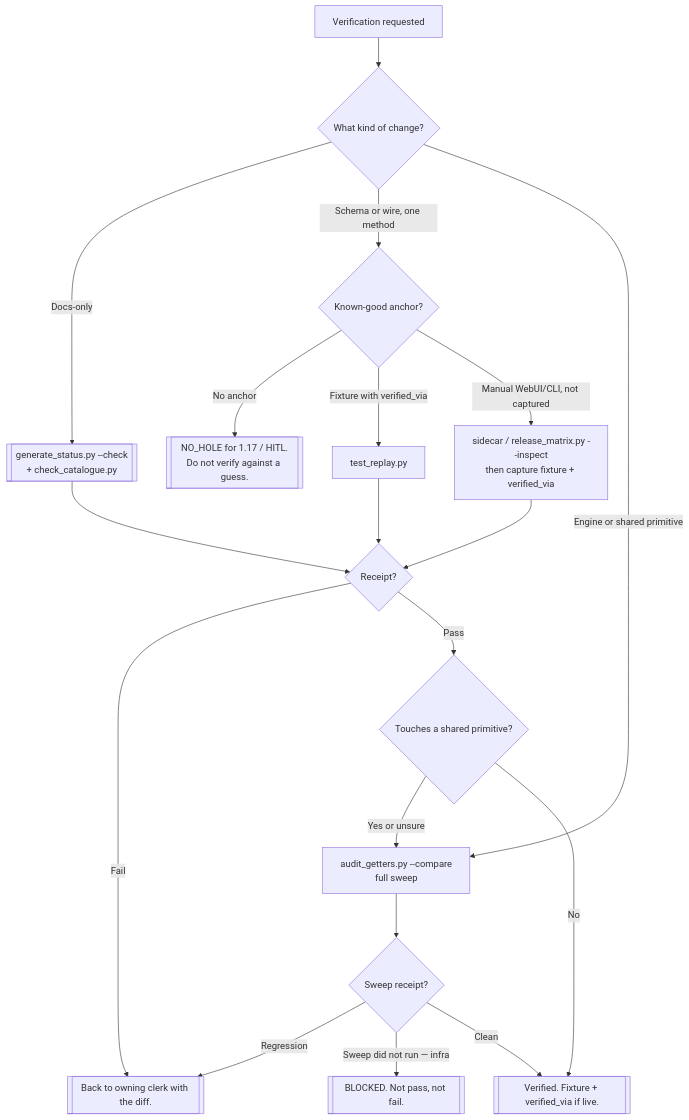
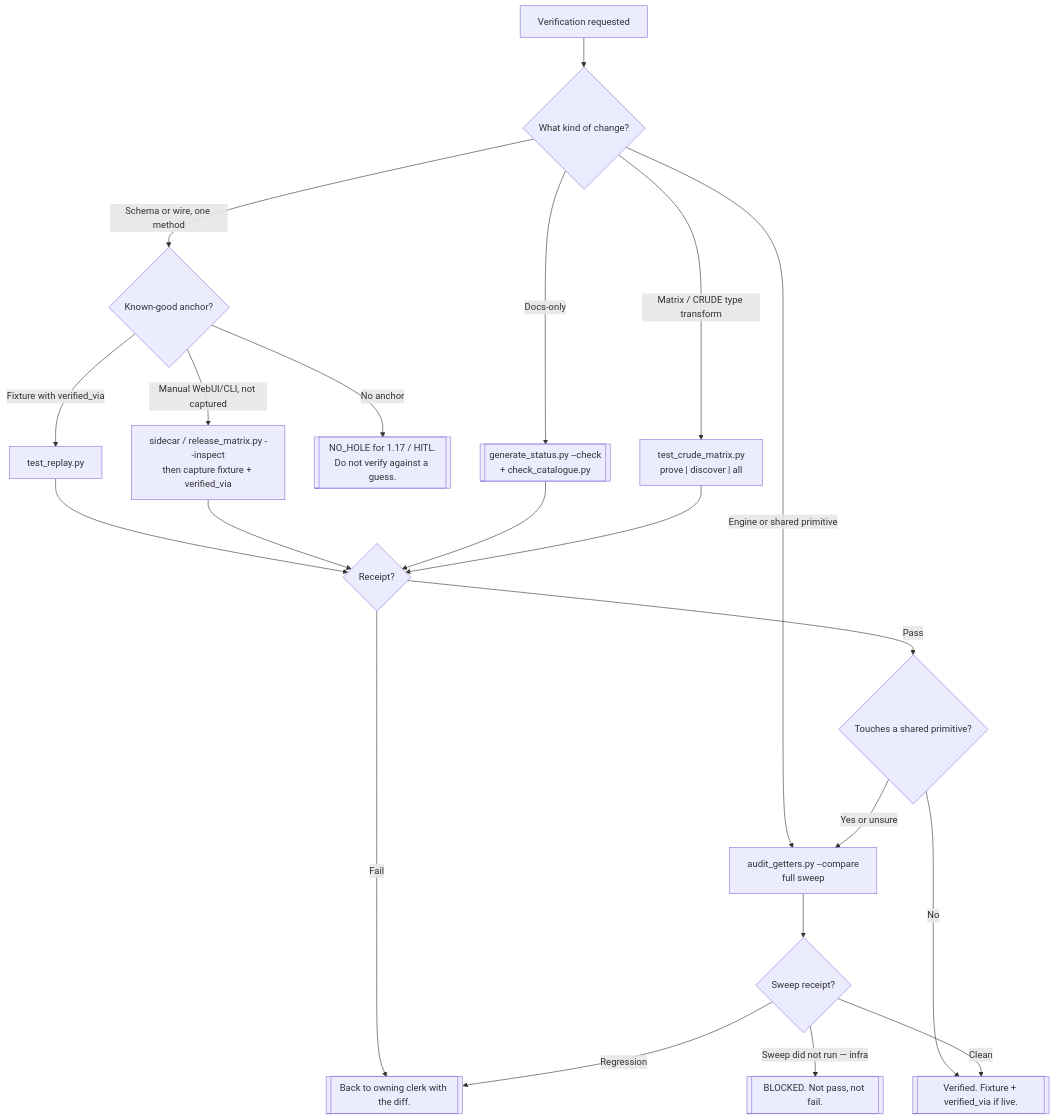
The diagram in local/agents/test-bot/flow.md (AdamRickards/crude-engine), drawn with Mermaid before and after one commit. The commit also changed 3 other files, not shown here.

First line of the commit message:
process: name test_crude_matrix harness for #115.

````diff
--- a/local/agents/test-bot/flow.md
+++ b/local/agents/test-bot/flow.md
@@ -5,21 +5,23 @@
 ```mermaid
 flowchart TD
     Start[Verification requested] --> Q1{What kind of change?}
     Q1 -->|Docs-only| Skip[["generate_status.py --check\n+ check_catalogue.py"]]
     Q1 -->|Schema or wire, one method| Q2{Known-good anchor?}
     Q1 -->|Engine or shared primitive| Full["audit_getters.py --compare\nfull sweep"]
+    Q1 -->|Matrix / CRUDE type transform| Matrix["test_crude_matrix.py\nprove | discover | all"]
     Q2 -->|No anchor| Anchor[["NO_HOLE for 1.17 / HITL.\nDo not verify against a guess."]]
     Q2 -->|Fixture with verified_via| Replay["test_replay.py"]
     Q2 -->|Manual WebUI/CLI, not captured| Inspect["sidecar / release_matrix.py --inspect\nthen capture fixture + verified_via"]
     Replay --> Q3{Receipt?}
     Inspect --> Q3
     Skip --> Q3
+    Matrix --> Q3
     Q3 -->|Fail| Back[["Back to owning clerk with the diff."]]
     Q3 -->|Pass| Q4{Touches a shared primitive?}
     Q4 -->|Yes or unsure| Full
     Q4 -->|No| Done[["Verified. Fixture + verified_via if live."]]
     Full --> Q5{Sweep receipt?}
     Q5 -->|Regression| Back
     Q5 -->|Sweep did not run — infra| Infra[["BLOCKED. Not pass, not fail."]]
     Q5 -->|Clean| Done
 ```
````
